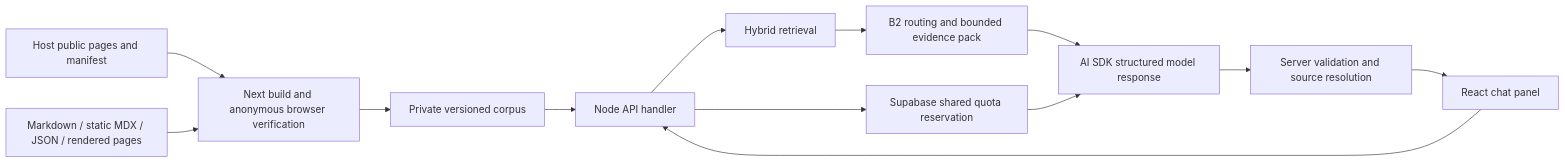
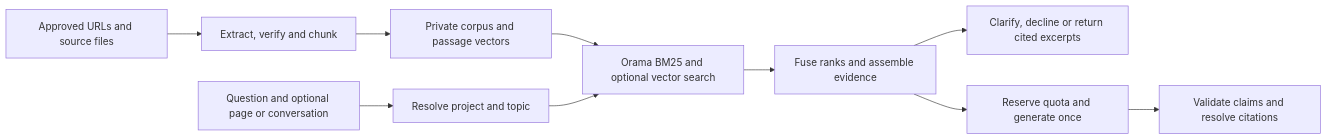
One commit to vincentlow02/portfolio-ai-source-kit changed the diagram in docs/architecture.md. Above: the diagram before and after it, drawn with Mermaid. The commit also changed other lines of this file and 51 other files, not shown here.

````diff
--- a/docs/architecture.md
+++ b/docs/architecture.md
@@ -5,15 +5,12 @@
 ```mermaid
 flowchart LR
-  A[Host public pages and manifest] --> B[Next build and anonymous browser verification]
-  M[Markdown / static MDX / JSON / rendered pages] --> B
-  B --> C[Private versioned corpus]
-  U[React chat panel] --> R[Node API handler]
-  C --> R
-  R --> O[Hybrid retrieval]
-  O --> E[B2 routing and bounded evidence pack]
-  R --> Q[Supabase shared quota reservation]
-  E --> P[AI SDK structured model response]
-  Q --> P
-  P --> V[Server validation and source resolution]
-  V --> U
+  A[Approved URLs and source files] --> B[Extract, verify and chunk]
+  B --> C[Private corpus and passage vectors]
+  U[Question and optional page or conversation] --> Q[Resolve project and topic]
+  C --> H[Orama BM25 and optional vector search]
+  Q --> H
+  H --> E[Fuse ranks and assemble evidence]
+  E --> R[Clarify, decline or return cited excerpts]
+  E --> M[Reserve quota and generate once]
+  M --> V[Validate claims and resolve citations]
 ```
````
